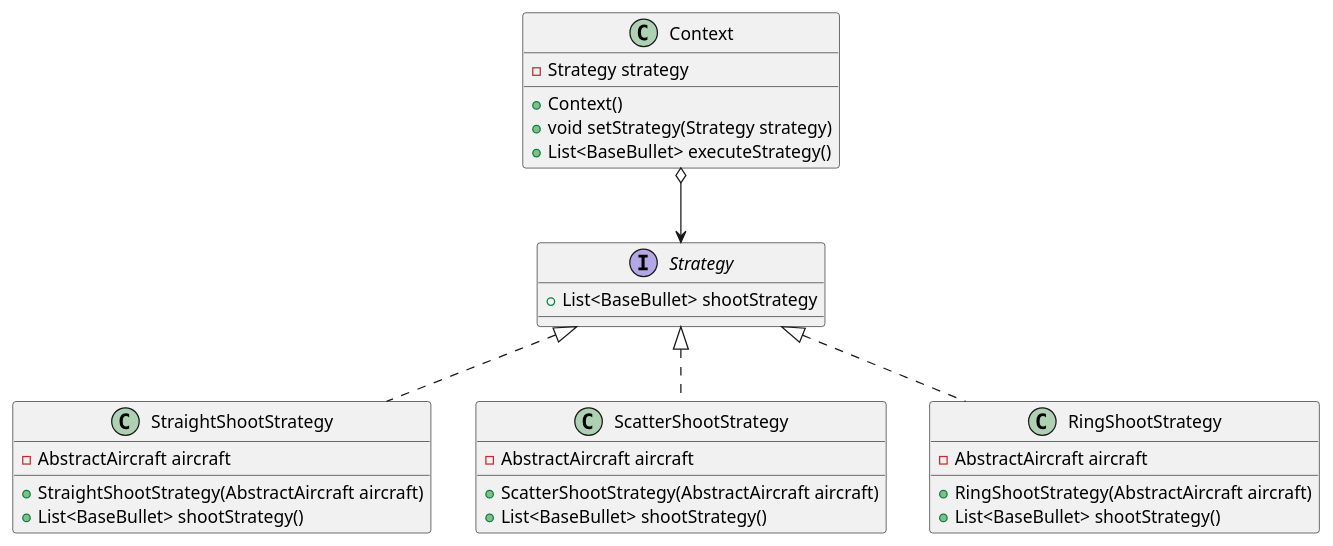
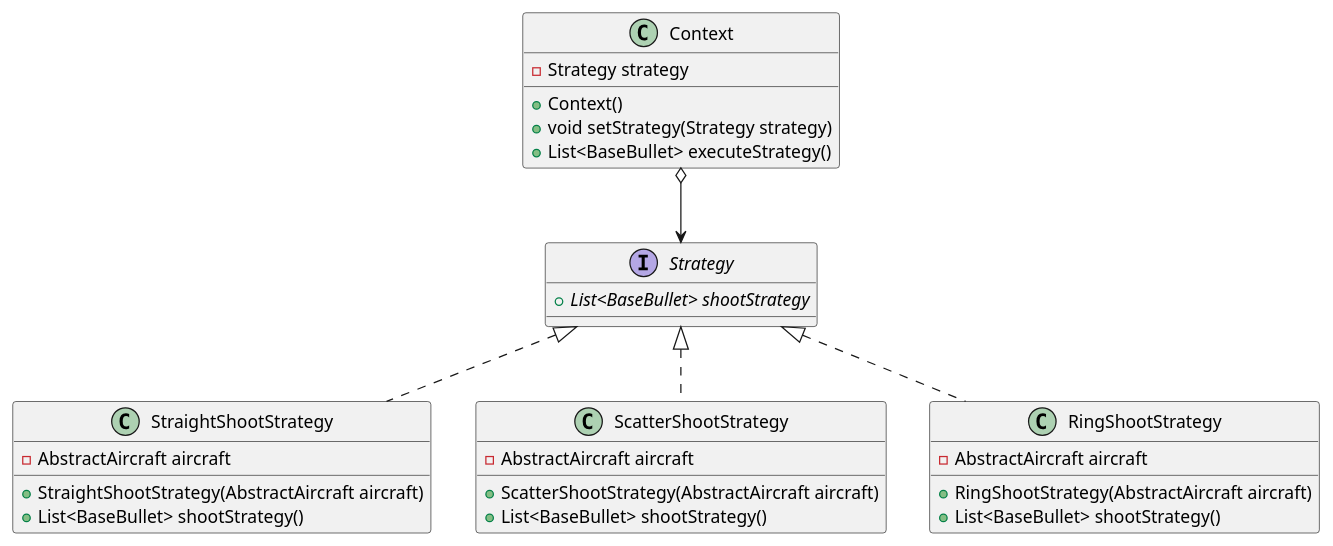
Before and after one commit to Jin-zd/AircraftWar: the diagram in uml/Strategy.puml, drawn with PlantUML. The commit also changed 16 other files, not shown here.

```diff
--- a/uml/Strategy.puml
+++ b/uml/Strategy.puml
@@ -1,38 +1,38 @@
 @startuml
 'https://plantuml.com/sequence-diagram
 
 interface Strategy {
-    + List<BaseBullet> shootStrategy
+    + {abstract} List<BaseBullet> shootStrategy
 }
 
 class StraightShootStrategy {
     - AbstractAircraft aircraft
     + StraightShootStrategy(AbstractAircraft aircraft)
     + List<BaseBullet> shootStrategy()
 }
 
 class ScatterShootStrategy {
     - AbstractAircraft aircraft
     + ScatterShootStrategy(AbstractAircraft aircraft)
     + List<BaseBullet> shootStrategy()
 }
 
 class RingShootStrategy {
     - AbstractAircraft aircraft
     + RingShootStrategy(AbstractAircraft aircraft)
     + List<BaseBullet> shootStrategy()
 }
 
 Strategy <|.. StraightShootStrategy
 Strategy <|.. ScatterShootStrategy
 Strategy <|.. RingShootStrategy
 
 class Context {
     - Strategy strategy
     + Context()
     + void setStrategy(Strategy strategy)
     + List<BaseBullet> executeStrategy()
 }
 
 Context o--> Strategy
 @enduml
```
